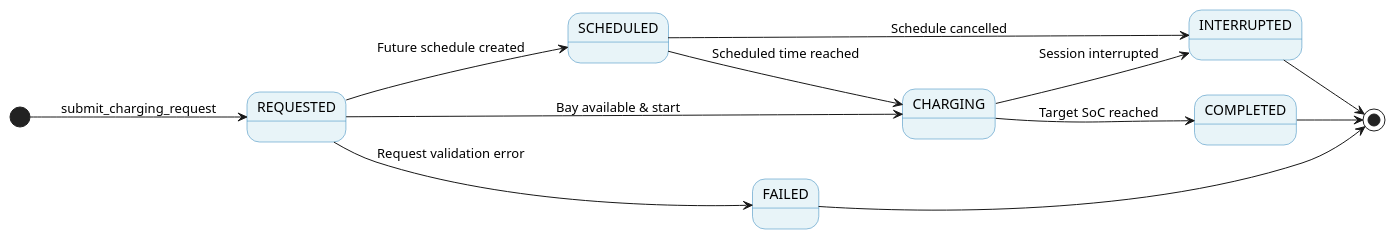
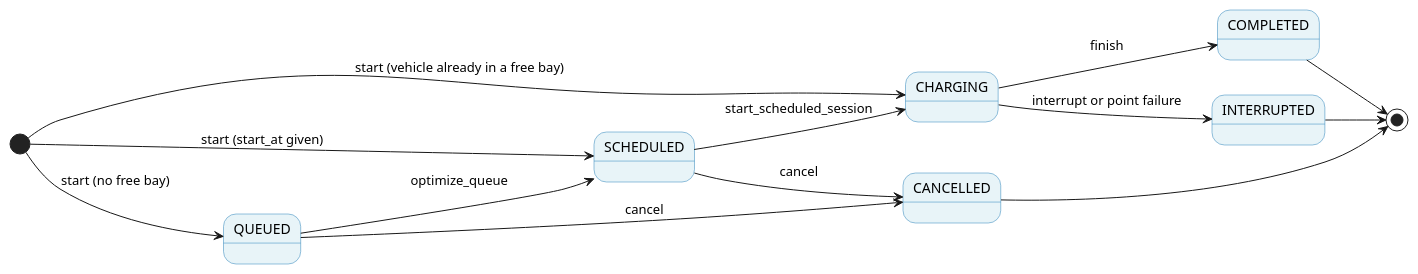
Before and after one commit to MabC06/smart-e-mobility-hub: the diagram in docs/design/behavioral/charging-diagrams/charging-session-state-machine.puml, drawn with PlantUML. The commit also changed 2 other files, not shown here.

Commit message:
doc(charging): fix the charging-session-state-machine.md and diagram

```diff
--- a/docs/design/behavioral/charging-diagrams/charging-session-state-machine.puml
+++ b/docs/design/behavioral/charging-diagrams/charging-session-state-machine.puml
@@ -1,30 +1,29 @@
 @startuml
 left to right direction
 skinparam state {
     BackgroundColor #E8F4F8
     BorderColor #2980B9
 }
 
-[*] --> REQUESTED : submit_charging_request
+[*] --> CHARGING : start (vehicle already in a free bay)
+[*] --> SCHEDULED : start (start_at given)
+[*] --> QUEUED : start (no free bay)
 
-state REQUESTED as "REQUESTED"
+state QUEUED as "QUEUED"
 state SCHEDULED as "SCHEDULED"
 state CHARGING as "CHARGING"
 state COMPLETED as "COMPLETED"
 state INTERRUPTED as "INTERRUPTED"
-state FAILED as "FAILED"
+state CANCELLED as "CANCELLED"
 
-REQUESTED --> CHARGING : Bay available & start
-REQUESTED --> SCHEDULED : Future schedule created
-REQUESTED --> FAILED : Request validation error
-
-SCHEDULED --> CHARGING : Scheduled time reached
-SCHEDULED --> INTERRUPTED : Schedule cancelled
-
-CHARGING --> COMPLETED : Target SoC reached
-CHARGING --> INTERRUPTED : Session interrupted
+QUEUED --> SCHEDULED : optimize_queue
+QUEUED --> CANCELLED : cancel
+SCHEDULED --> CANCELLED : cancel
+SCHEDULED --> CHARGING : start_scheduled_session
+CHARGING --> COMPLETED : finish
+CHARGING --> INTERRUPTED : interrupt or point failure
 
 COMPLETED --> [*]
 INTERRUPTED --> [*]
-FAILED --> [*]
+CANCELLED --> [*]
 @enduml
```
